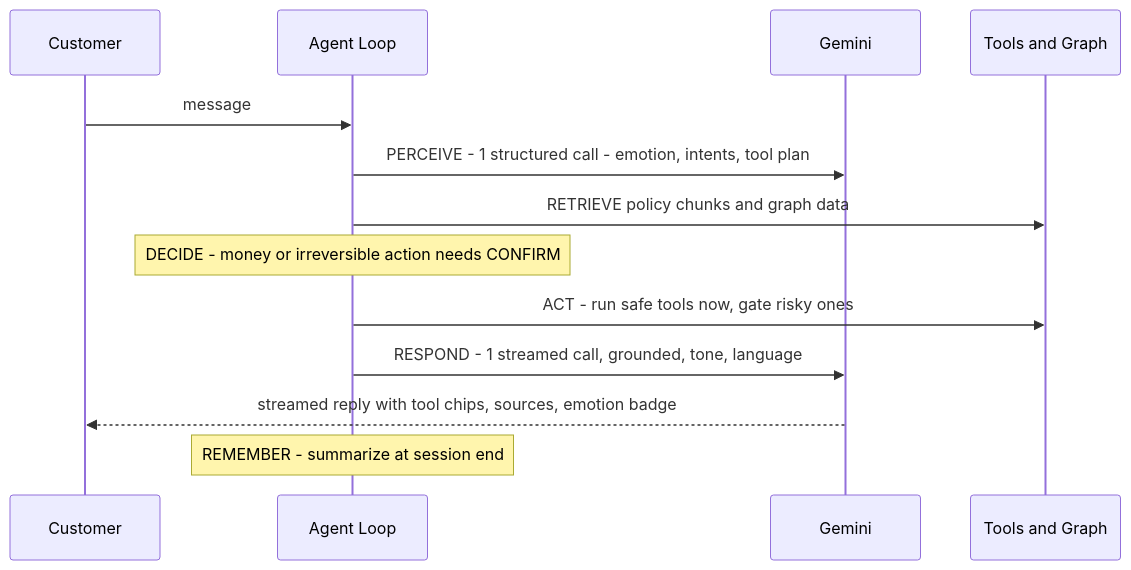
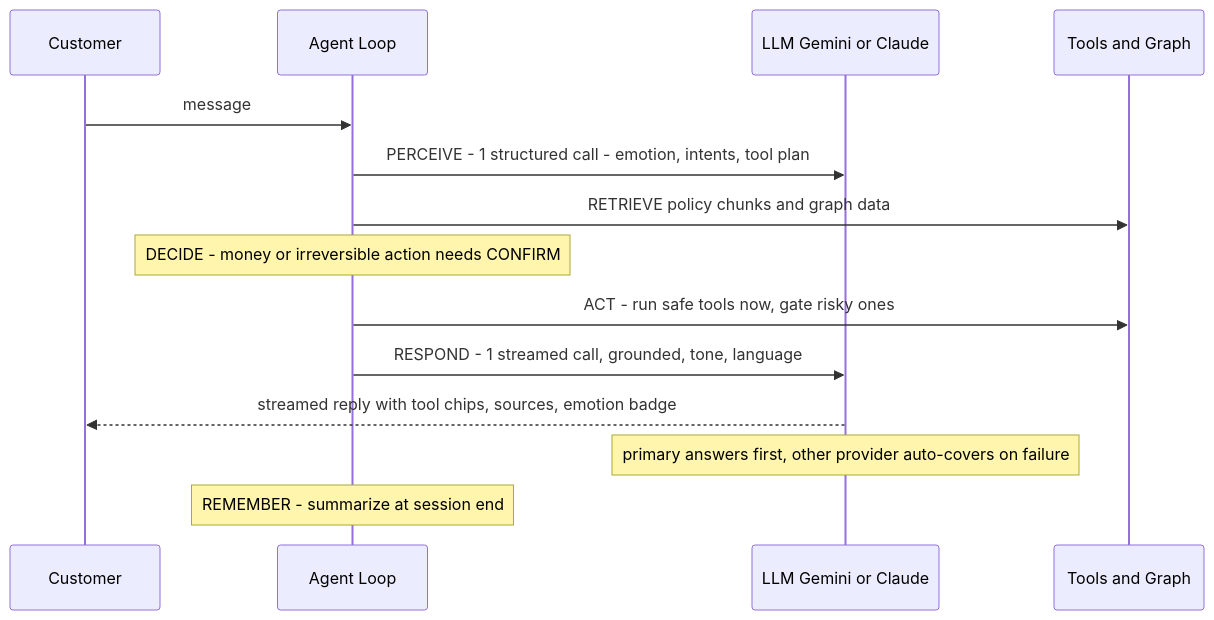
The second of 2 diagrams in README.md (cooldudeayush/customer_care_bot), drawn with Mermaid before and after one commit. The commit also changed other lines of this file and 1 other file, not shown here.

First line of the commit message:
docs: reflect dual-provider LLM (Gemini + Claude Haiku, configurable primary)

````diff
--- a/README.md
+++ b/README.md
@@ -83,15 +84,16 @@
 ```mermaid
 sequenceDiagram
     participant U as Customer
     participant L as Agent Loop
-    participant G as Gemini
+    participant G as LLM Gemini or Claude
     participant T as Tools and Graph
     U->>L: message
     L->>G: PERCEIVE - 1 structured call - emotion, intents, tool plan
     L->>T: RETRIEVE policy chunks and graph data
     Note over L: DECIDE - money or irreversible action needs CONFIRM
     L->>T: ACT - run safe tools now, gate risky ones
     L->>G: RESPOND - 1 streamed call, grounded, tone, language
     G-->>U: streamed reply with tool chips, sources, emotion badge
+    Note over G: primary answers first, other provider auto-covers on failure
     Note over L: REMEMBER - summarize at session end
 ```
````
